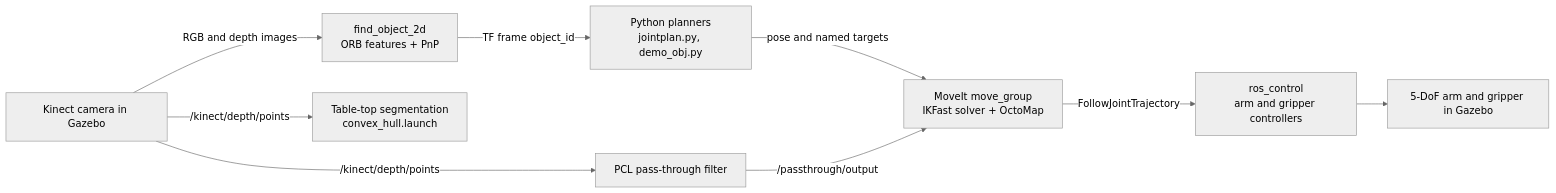
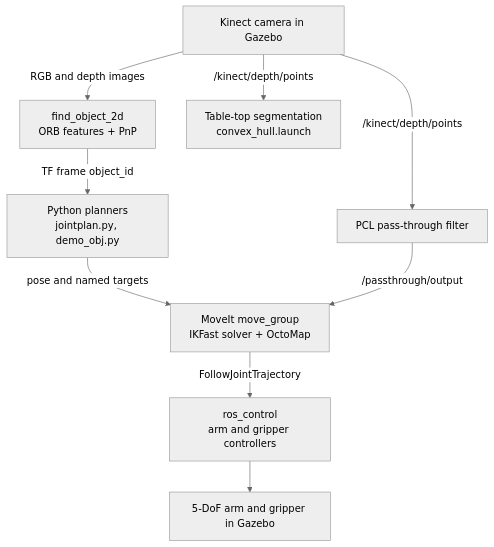
One commit to AdilShaikh1/Robot_manipulator changed the diagram in README.md. Above: the diagram before and after it, drawn with Mermaid (neutral theme). The commit also changed other lines of this file, not shown here.

````diff
--- a/README.md
+++ b/README.md
@@ -16,11 +18,11 @@
 ```mermaid
-flowchart LR
+flowchart TB
     camera["Kinect camera in Gazebo"] -->|"RGB and depth images"| detect["find_object_2d<br/>ORB features + PnP"]
     detect -->|"TF frame object_id"| planners["Python planners<br/>jointplan.py, demo_obj.py"]
     planners -->|"pose and named targets"| movegroup["MoveIt move_group<br/>IKFast solver + OctoMap"]
     camera -->|"/kinect/depth/points"| passthrough["PCL pass-through filter"]
     passthrough -->|"/passthrough/output"| movegroup
     camera -->|"/kinect/depth/points"| segmentation["Table-top segmentation<br/>convex_hull.launch"]
     movegroup -->|"FollowJointTrajectory"| controllers["ros_control<br/>arm and gripper controllers"]
     controllers --> arm["5-DoF arm and gripper in Gazebo"]
 ```
````
